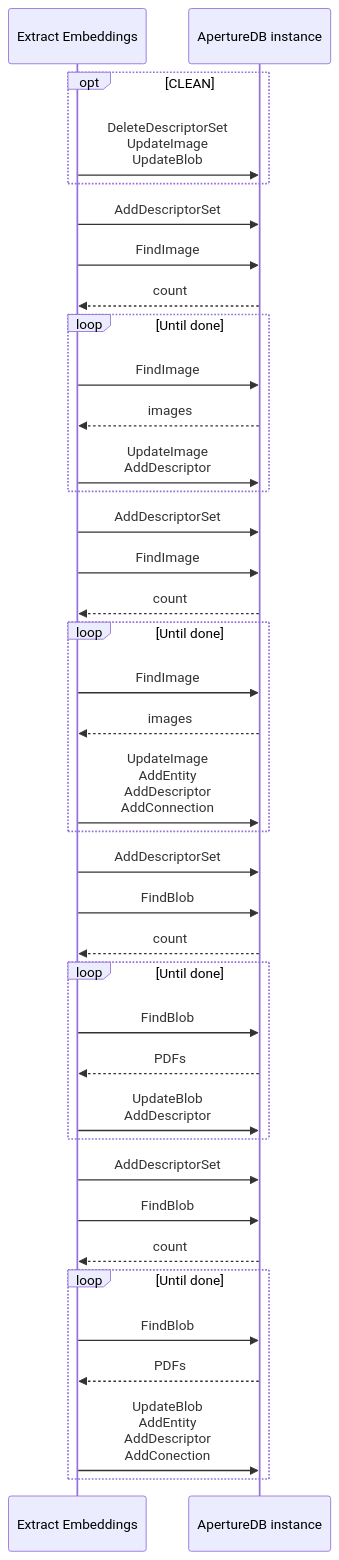
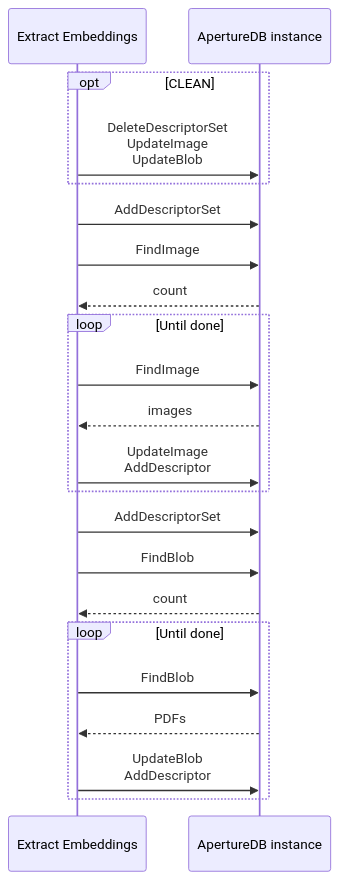
Before and after one commit to aperture-data/workflows: the diagram in apps/embeddings-extraction/README.md, drawn with Mermaid. The commit also changed other lines of this file and 81 other files, not shown here.

````diff
--- a/apps/embeddings-extraction/README.md
+++ b/apps/embeddings-extraction/README.md
@@ -12,44 +12,27 @@
 ```mermaid
 sequenceDiagram
     participant W as Extract Embeddings
     participant A as ApertureDB instance
     opt CLEAN
         W->>A: DeleteDescriptorSet<br/>UpdateImage<br/>UpdateBlob
     end
 
     W->>A: AddDescriptorSet
     W->>A: FindImage
     A-->>W: count
     loop Until done
         W->>A: FindImage
         A-->>W: images
         W->>A: UpdateImage<br/>AddDescriptor
     end
 
     W->>A: AddDescriptorSet
-    W->>A: FindImage
-    A-->>W: count
-    loop Until done
-        W->>A: FindImage
-        A-->>W: images
-        W->>A: UpdateImage<br/>AddEntity<br/>AddDescriptor<br/>AddConnection
-    end
-
-    W->>A: AddDescriptorSet
     W->>A: FindBlob
     A-->>W: count
     loop Until done
         W->>A: FindBlob
         A-->>W: PDFs
         W->>A: UpdateBlob<br/>AddDescriptor
     end
 
-    W->>A: AddDescriptorSet
-    W->>A: FindBlob
-    A-->>W: count
-    loop Until done
-        W->>A: FindBlob
-        A-->>W: PDFs
-        W->>A: UpdateBlob<br/>AddEntity<br/>AddDescriptor<br/>AddConection
-    end
 ```
````
